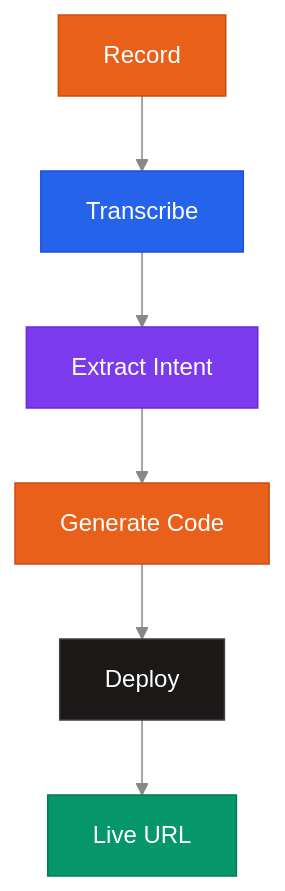
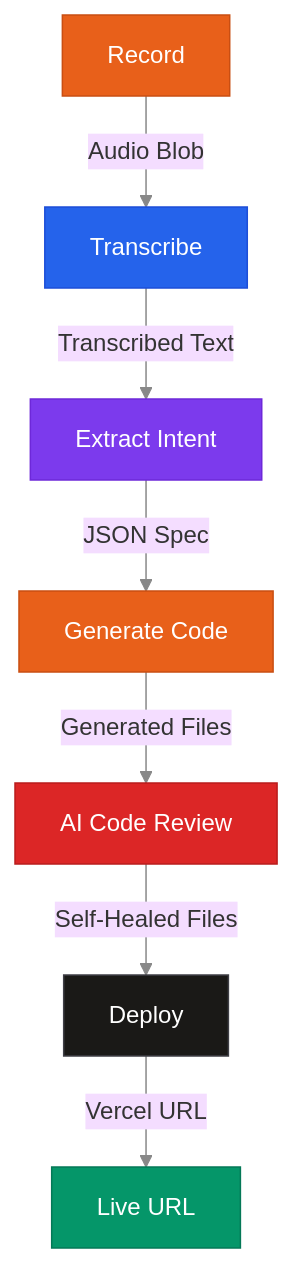
Before and after one commit to dheraingoud/MayaForBharat: the second of 8 diagrams in README.md, drawn with Mermaid. The commit also changed other lines of this file and 35 other files, not shown here.

Commit message:
feat: Add fast AI Code Review Agent to build pipeline and bump Next.js scaffold to 16.2.6

````diff
--- a/README.md
+++ b/README.md
@@ -72,16 +72,18 @@
 ```mermaid
 %%{init: {'theme': 'base', 'themeVariables': { 'fontFamily': 'sans-serif', 'lineColor': '#888888' }}}%%
 flowchart TD
-    A["Record"] --> B["Transcribe"]
-    B --> C["Extract Intent"]
-    C --> D["Generate Code"]
-    D --> E["Deploy"]
-    E --> F["Live URL"]
+    A["Record"] -->|Audio Blob| B["Transcribe"]
+    B -->|Transcribed Text| C["Extract Intent"]
+    C -->|JSON Spec| D["Generate Code"]
+    D -->|Generated Files| REV["AI Code Review"]
+    REV -->|Self-Healed Files| E["Deploy"]
+    E -->|Vercel URL| F["Live URL"]
 
     style A fill:#E8601A,stroke:#C94E12,color:#fff
     style B fill:#2563eb,stroke:#1d4ed8,color:#fff
     style C fill:#7c3aed,stroke:#6d28d9,color:#fff
     style D fill:#E8601A,stroke:#C94E12,color:#fff
+    style REV fill:#dc2626,stroke:#b91c1c,color:#fff
     style E fill:#1A1917,stroke:#3f3f46,color:#fff
     style F fill:#059669,stroke:#047857,color:#fff
 ```
````
